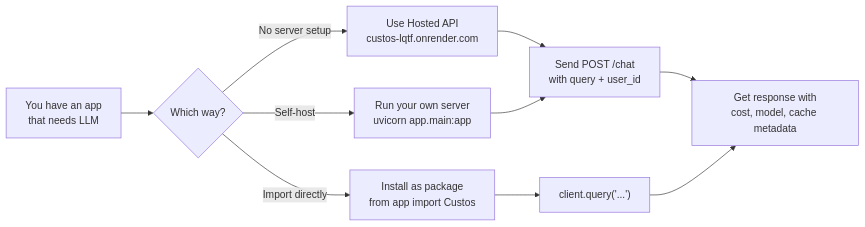
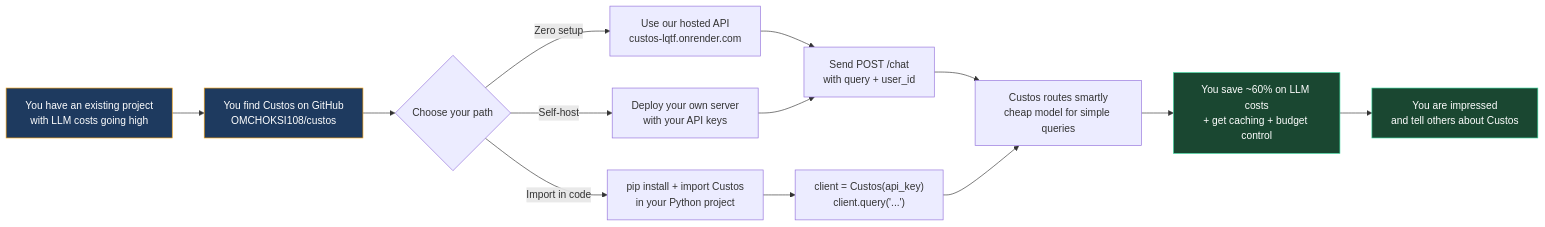
One commit to OMCHOKSI108/custos changed the second of 2 diagrams in README.md. Above: the diagram before and after it, drawn with Mermaid. The commit also changed other lines of this file, not shown here.

Commit message:
docs: update README flowchart to better illustrate Custos workflow and value proposition

````diff
--- a/README.md
+++ b/README.md
@@ -133,12 +133,20 @@
 ```mermaid
 flowchart LR
-    A["You have an app<br/>that needs LLM"] --> B{"Which way?"}
-    B -->|"No server setup"| C["Use Hosted API<br/>custos-lqtf.onrender.com"]
-    B -->|"Self-host"| D["Run your own server<br/>uvicorn app.main:app"]
-    B -->|"Import directly"| E["Install as package<br/>from app import Custos"]
-    C --> F["Send POST /chat<br/>with query + user_id"]
-    D --> F
-    E --> G["client.query('...')"]
-    F --> H["Get response with<br/>cost, model, cache metadata"]
-    G --> H
+    U["You have an existing project<br/>with LLM costs going high"] --> G["You find Custos on GitHub<br/>OMCHOKSI108/custos"]
+    G --> K{"Choose your path"}
+    K -->|"Zero setup"| A["Use our hosted API<br/>custos-lqtf.onrender.com"]
+    K -->|"Self-host"| B["Deploy your own server<br/>with your API keys"]
+    K -->|"Import in code"| C["pip install + import Custos<br/>in your Python project"]
+    A --> D["Send POST /chat<br/>with query + user_id"]
+    B --> D
+    C --> E["client = Custos(api_key)<br/>client.query('...')"]
+    D --> F["Custos routes smartly<br/>cheap model for simple queries"]
+    E --> F
+    F --> H["You save ~60% on LLM costs<br/>+ get caching + budget control"]
+    H --> I["You are impressed<br/>and tell others about Custos"]
+    
+    style U fill:#1e3a5f,stroke:#f59e0b,color:#fff
+    style G fill:#1e3a5f,stroke:#f59e0b,color:#fff
+    style H fill:#1a4731,stroke:#34d399,color:#fff
+    style I fill:#1a4731,stroke:#34d399,color:#fff
 ```
````
